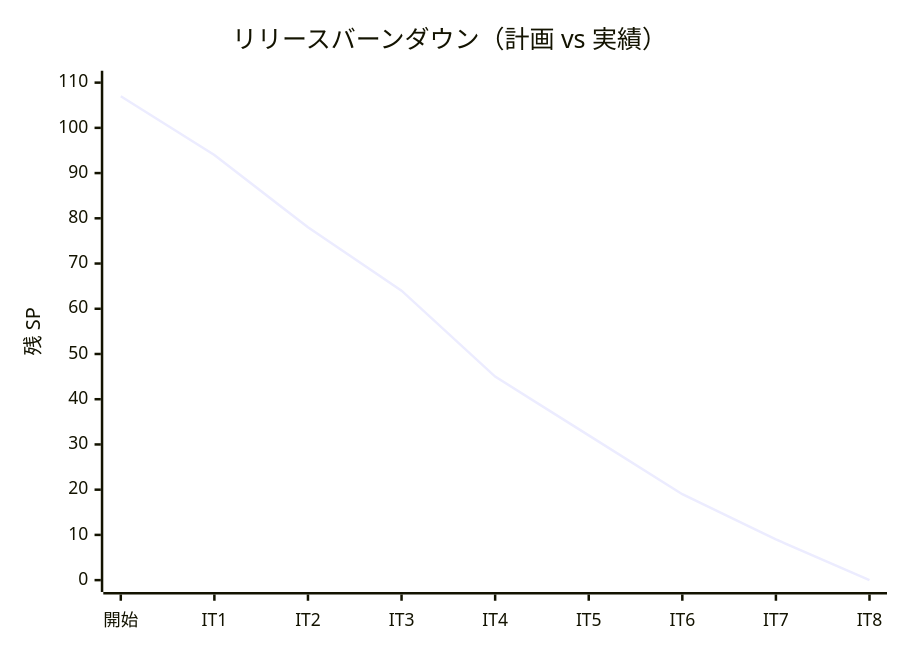
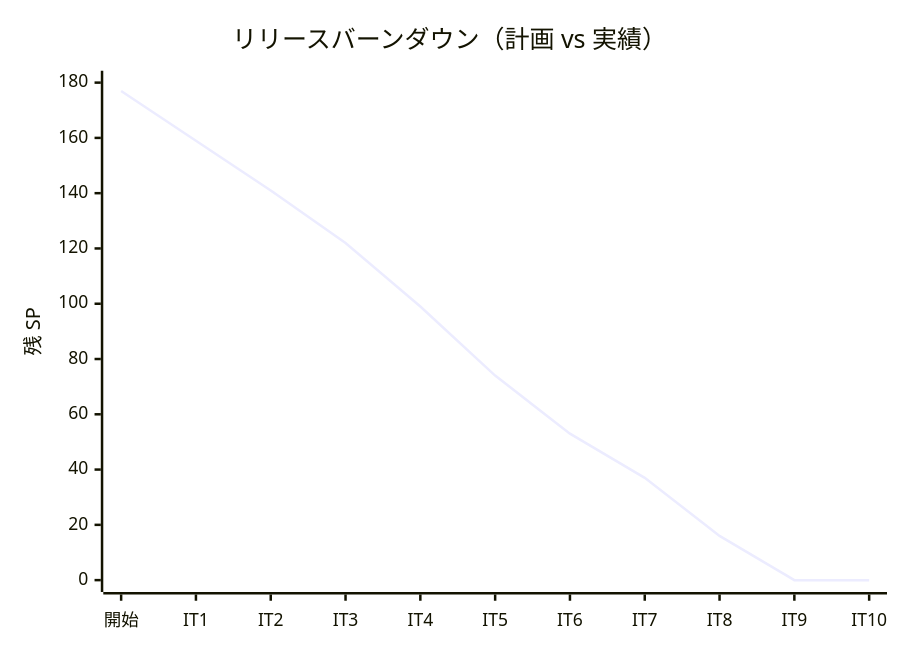
The third of 3 diagrams in docs/development/release_plan.md (k2works/case-study-cargo-tracker), drawn with Mermaid before and after one commit. The commit also changed other lines of this file and 2 other files, not shown here.

````diff
--- a/docs/development/release_plan.md
+++ b/docs/development/release_plan.md
@@ -360,7 +429,7 @@
 ```mermaid
 xychart-beta
     title "リリースバーンダウン（計画 vs 実績）"
-    x-axis ["開始", "IT1", "IT2", "IT3", "IT4", "IT5", "IT6", "IT7", "IT8"]
-    y-axis "残 SP" 0 --> 110
-    line "計画" [107, 94, 78, 64, 45, 32, 19, 9, 0]
+    x-axis ["開始", "IT1", "IT2", "IT3", "IT4", "IT5", "IT6", "IT7", "IT8", "IT9", "IT10"]
+    y-axis "残 SP" 0 --> 180
+    line "計画" [177, 159, 141, 122, 99, 74, 53, 37, 16, 0, 0]
 ```
````
